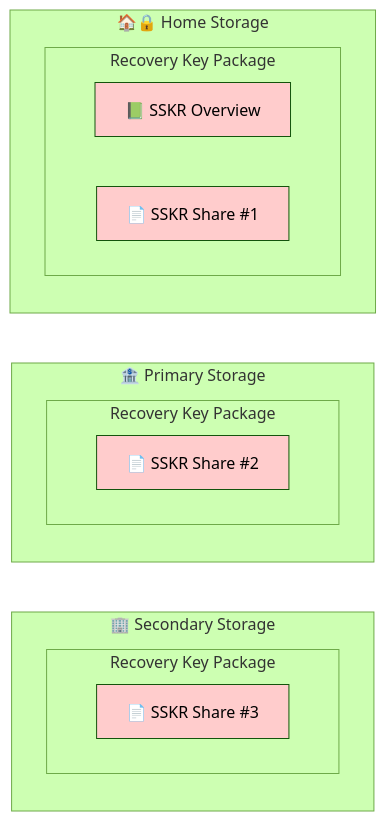
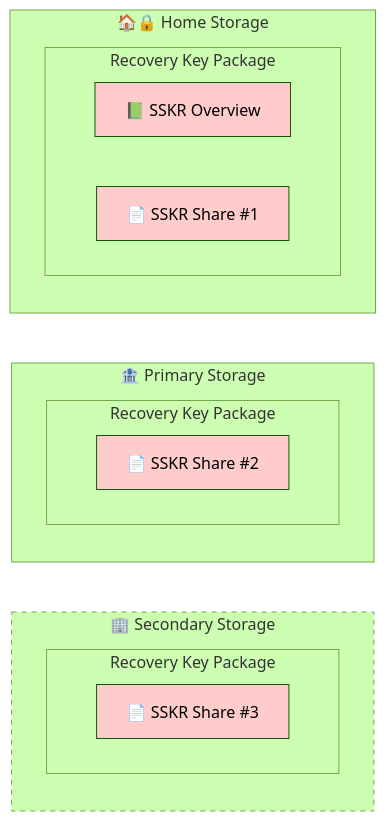
Diagram 15 of 24 in Docs/Scenario-Multisig.md (BlockchainCommons/SmartCustody), drawn with Mermaid (forest theme) before and after one commit.

````diff
--- a/Docs/Scenario-Multisig.md
+++ b/Docs/Scenario-Multisig.md
@@ -556,24 +556,25 @@
     ```mermaid
     graph LR;
-    subgraph "🏢 Secondary Storage<br>"
+    subgraph secondary ["🏢 Secondary Storage"]
+      style secondary stroke-dasharray: 5 5
       subgraph "Recovery Key Package"
       D["📄 SSKR Share #3"]
       end
     end
     subgraph "🏦 Primary Storage<br>"
       subgraph "Recovery Key Package"
       C["📄 SSKR Share #2"]
       end
     end
     subgraph "🏠🔒 Home Storage<br>"
       subgraph "Recovery Key Package"
       A["📗 SSKR Overview"]
       B["📄 SSKR Share #1"]
       end
     end
     
     style A fill:#ffcccc;
     style B fill:#ffcccc;
     style C fill:#ffcccc;
     style D fill:#ffcccc;
     ```
````
